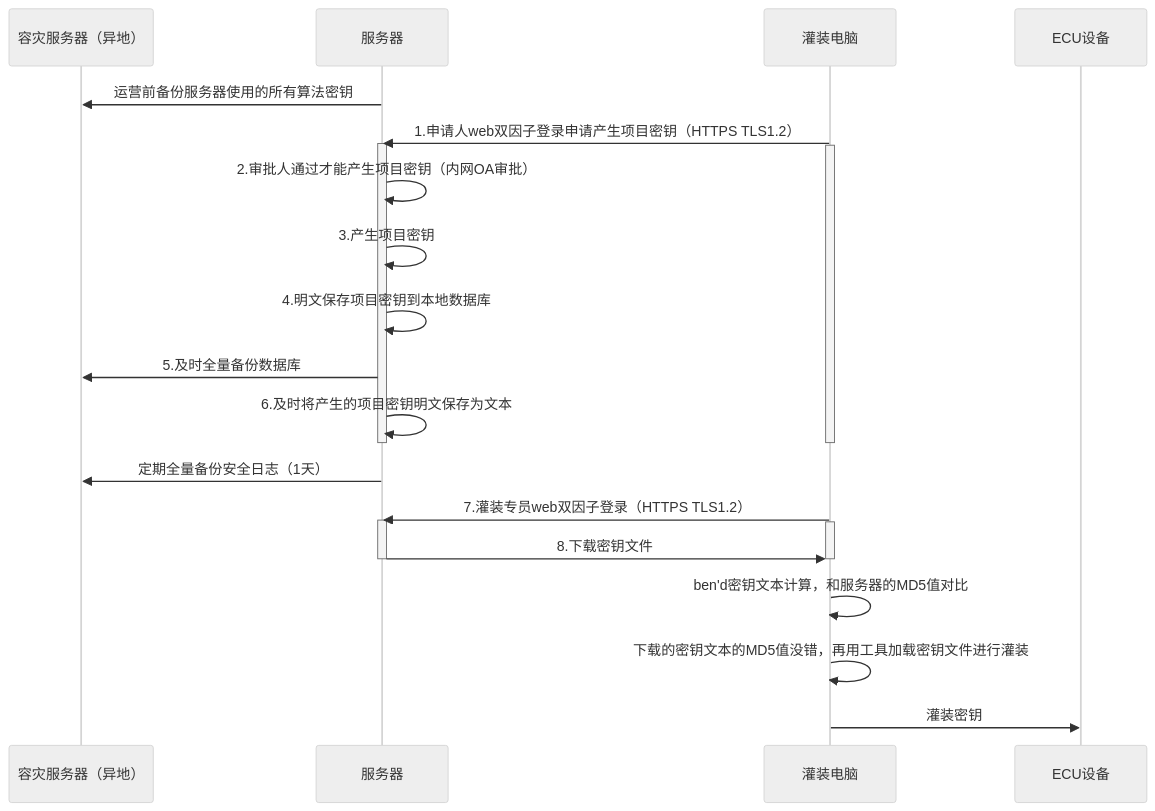
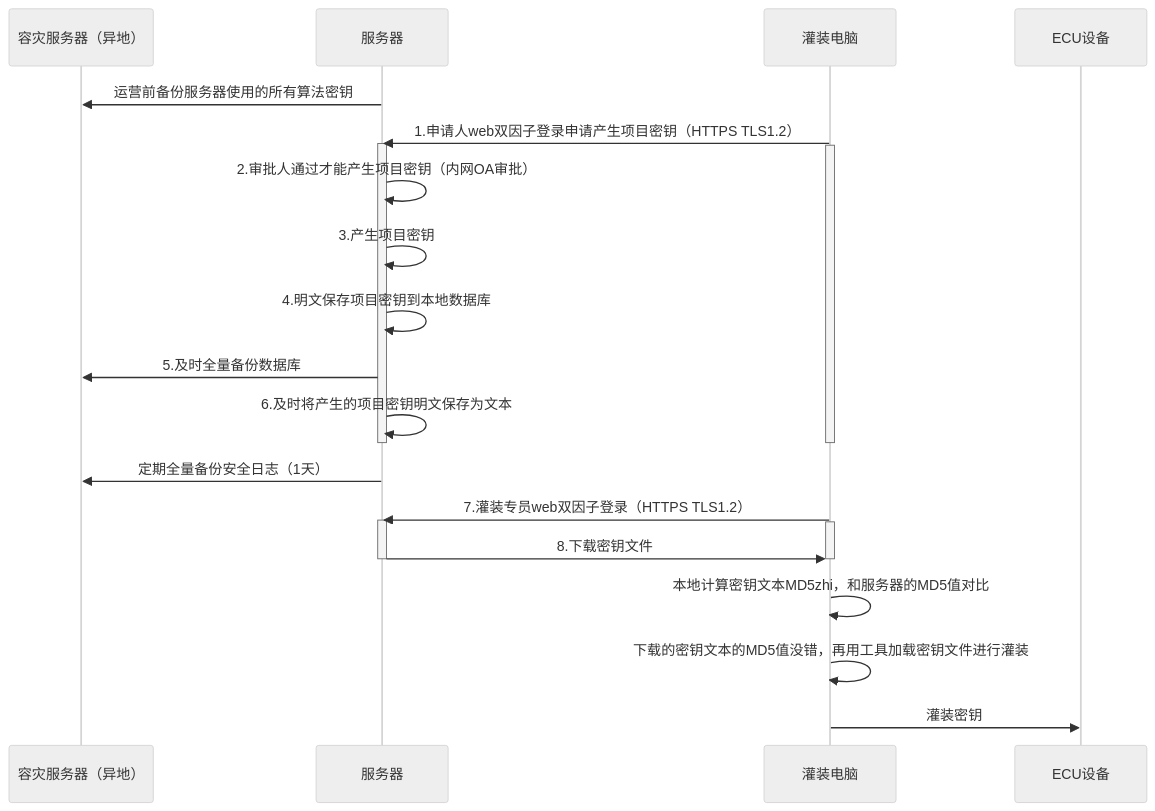
One commit to facebook-cloud/iodraw-files changed the diagram in all/未命名-17.md. Above: the diagram before and after it, drawn with Mermaid (neutral theme).

Commit message:
2026-03-06 09:35:37 update

````diff
--- a/all/未命名-17.md
+++ b/all/未命名-17.md
@@ -1,33 +1,33 @@
 ```mermaid
 sequenceDiagram
     participant A as 容灾服务器（异地）
     participant B as 服务器
     participant D as 灌装电脑
     participant E as ECU设备
 
     B->>A: 运营前备份服务器使用的所有算法密钥
     D->>B: 1.申请人web双因子登录申请产生项目密钥（HTTPS TLS1.2）
     activate B
     activate D
     B->>B: 2.审批人通过才能产生项目密钥（内网OA审批）
     B->>B: 3.产生项目密钥
     B->>B: 4.明文保存项目密钥到本地数据库
     B->>A: 5.及时全量备份数据库
     B->>B: 6.及时将产生的项目密钥明文保存为文本
     deactivate B
     deactivate D
 
     B->>A: 定期全量备份安全日志（1天）
     
     D->>B: 7.灌装专员web双因子登录（HTTPS TLS1.2）
     activate B
     activate D
     B->>D: 8.下载密钥文件
     deactivate B
     deactivate D
 
-    D->>D:ben'd密钥文本计算，和服务器的MD5值对比
+    D->>D:本地计算密钥文本MD5zhi，和服务器的MD5值对比
     D->>D:下载的密钥文本的MD5值没错，再用工具加载密钥文件进行灌装
     
     D->>E: 灌装密钥
 ```
````
